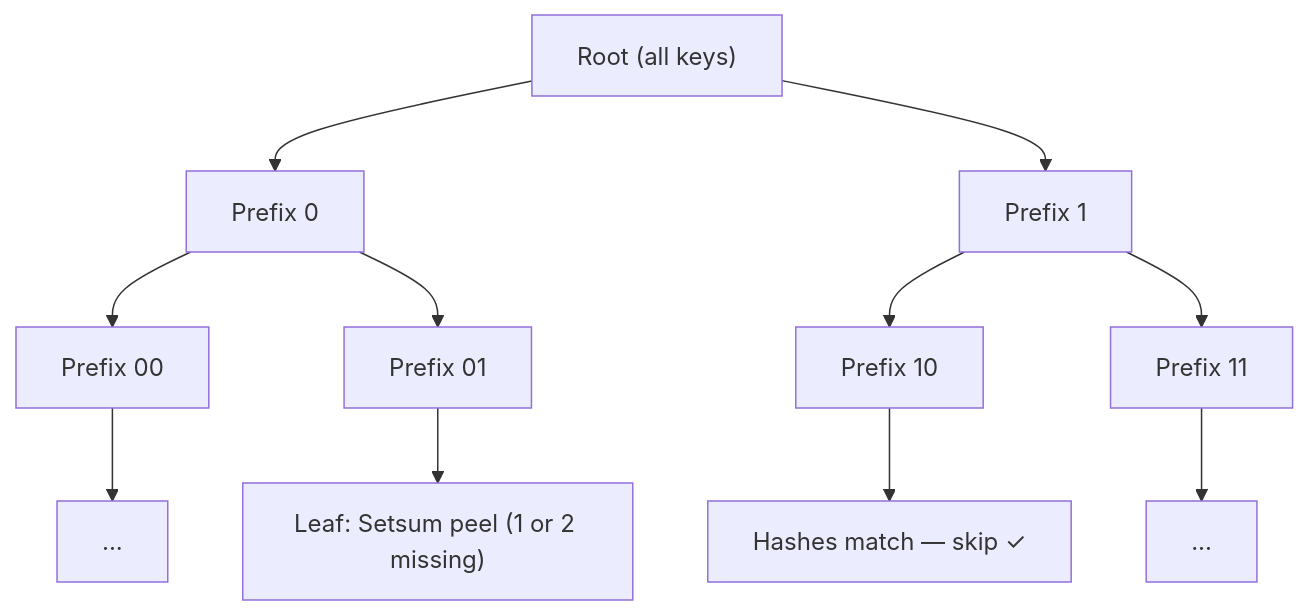
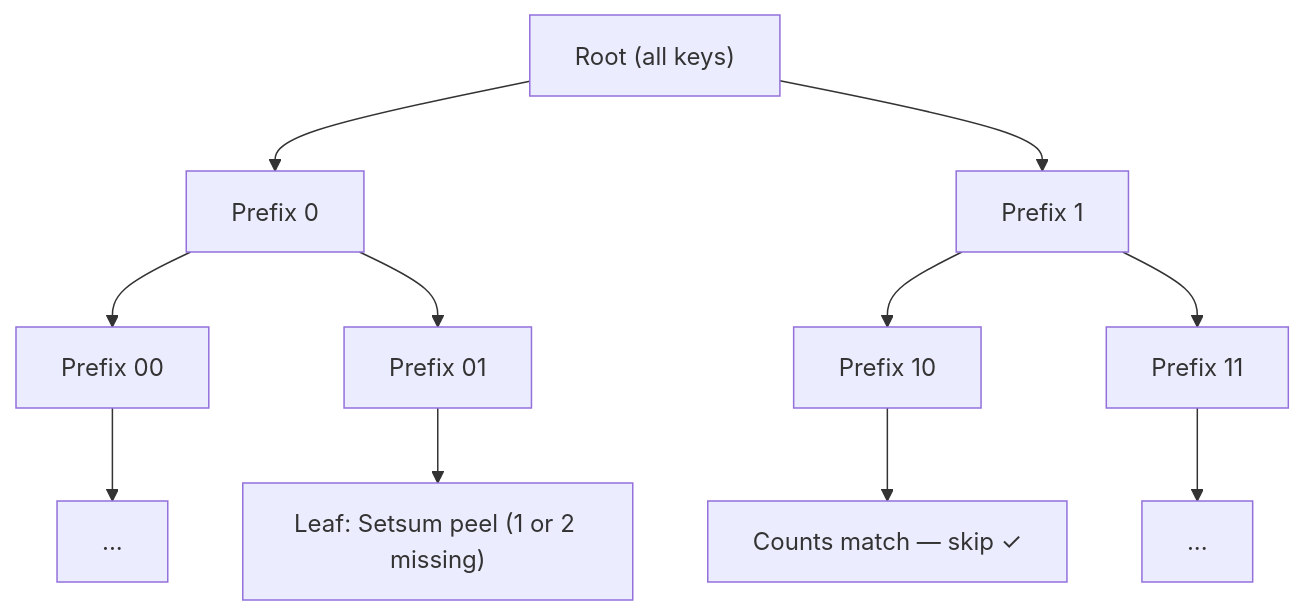
The second of 6 diagrams in SetSum/Sync/README.md (arj03/setsum-cs), drawn with Mermaid before and after one commit. The commit also changed other lines of this file and 3 other files, not shown here.

````diff
--- a/SetSum/Sync/README.md
+++ b/SetSum/Sync/README.md
@@ -66,13 +68,13 @@
 ```mermaid
 flowchart TD
     A["Root (all keys)"] --> B["Prefix 0"]
     A --> C["Prefix 1"]
     B --> D["Prefix 00"]
     B --> E["Prefix 01"]
     C --> F["Prefix 10"]
     C --> G["Prefix 11"]
     D --> H["..."]
     E --> I["Leaf: Setsum peel (1 or 2 missing)"]
-    F --> J["Hashes match — skip ✓"]
+    F --> J["Counts match — skip ✓"]
     G --> K["..."]
 ```
````
